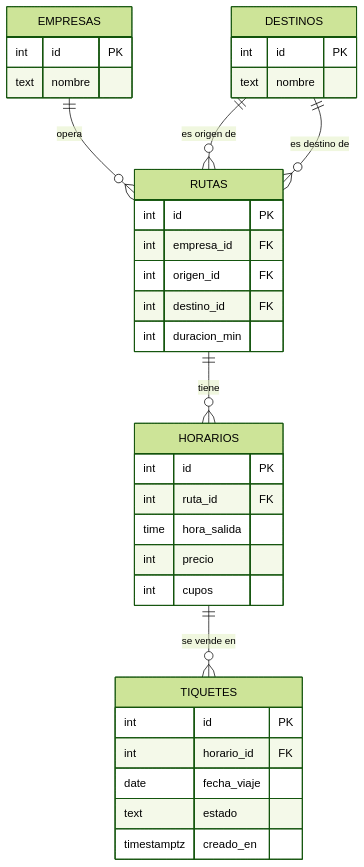
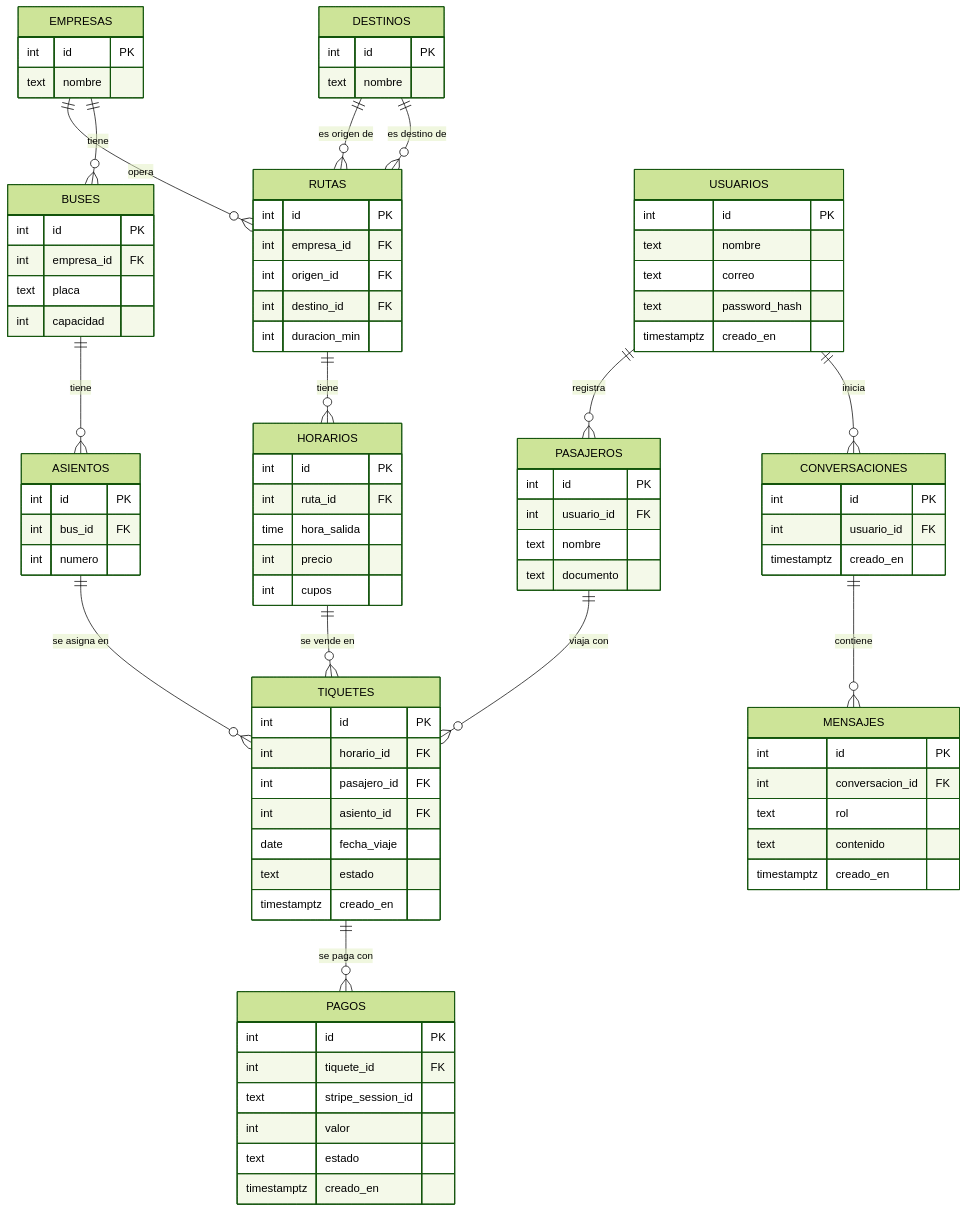
One commit to terminapp-pasto/terminapp-backend changed the first of 3 diagrams in README.md. Above: the diagram before and after it, drawn with Mermaid (forest theme). The commit also changed other lines of this file, not shown here.

Commit message:
Actualizar diagrama entidad-relación con las 12 tablas

````diff
--- a/README.md
+++ b/README.md
@@ -30,10 +30,18 @@
 ```mermaid
 erDiagram
     EMPRESAS ||--o{ RUTAS : "opera"
+    EMPRESAS ||--o{ BUSES : "tiene"
     DESTINOS ||--o{ RUTAS : "es origen de"
     DESTINOS ||--o{ RUTAS : "es destino de"
     RUTAS ||--o{ HORARIOS : "tiene"
     HORARIOS ||--o{ TIQUETES : "se vende en"
+    BUSES ||--o{ ASIENTOS : "tiene"
+    ASIENTOS ||--o{ TIQUETES : "se asigna en"
+    USUARIOS ||--o{ PASAJEROS : "registra"
+    PASAJEROS ||--o{ TIQUETES : "viaja con"
+    TIQUETES ||--o{ PAGOS : "se paga con"
+    USUARIOS ||--o{ CONVERSACIONES : "inicia"
+    CONVERSACIONES ||--o{ MENSAJES : "contiene"
 
     EMPRESAS {
         int id PK
@@ -60,8 +68,54 @@
     TIQUETES {
         int id PK
         int horario_id FK
+        int pasajero_id FK
+        int asiento_id FK
         date fecha_viaje
         text estado
         timestamptz creado_en
     }
+    USUARIOS {
+        int id PK
+        text nombre
+        text correo
+        text password_hash
+        timestamptz creado_en
+    }
+    PASAJEROS {
+        int id PK
+        int usuario_id FK
+        text nombre
+        text documento
+    }
+    BUSES {
+        int id PK
+        int empresa_id FK
+        text placa
+        int capacidad
+    }
+    ASIENTOS {
+        int id PK
+        int bus_id FK
+        int numero
+    }
+    PAGOS {
+        int id PK
+        int tiquete_id FK
+        text stripe_session_id
+        int valor
+        text estado
+        timestamptz creado_en
+    }
+    CONVERSACIONES {
+        int id PK
+        int usuario_id FK
+        timestamptz creado_en
+    }
+    MENSAJES {
+        int id PK
+        int conversacion_id FK
+        text rol
+        text contenido
+        timestamptz creado_en
+    }
 ```
````
